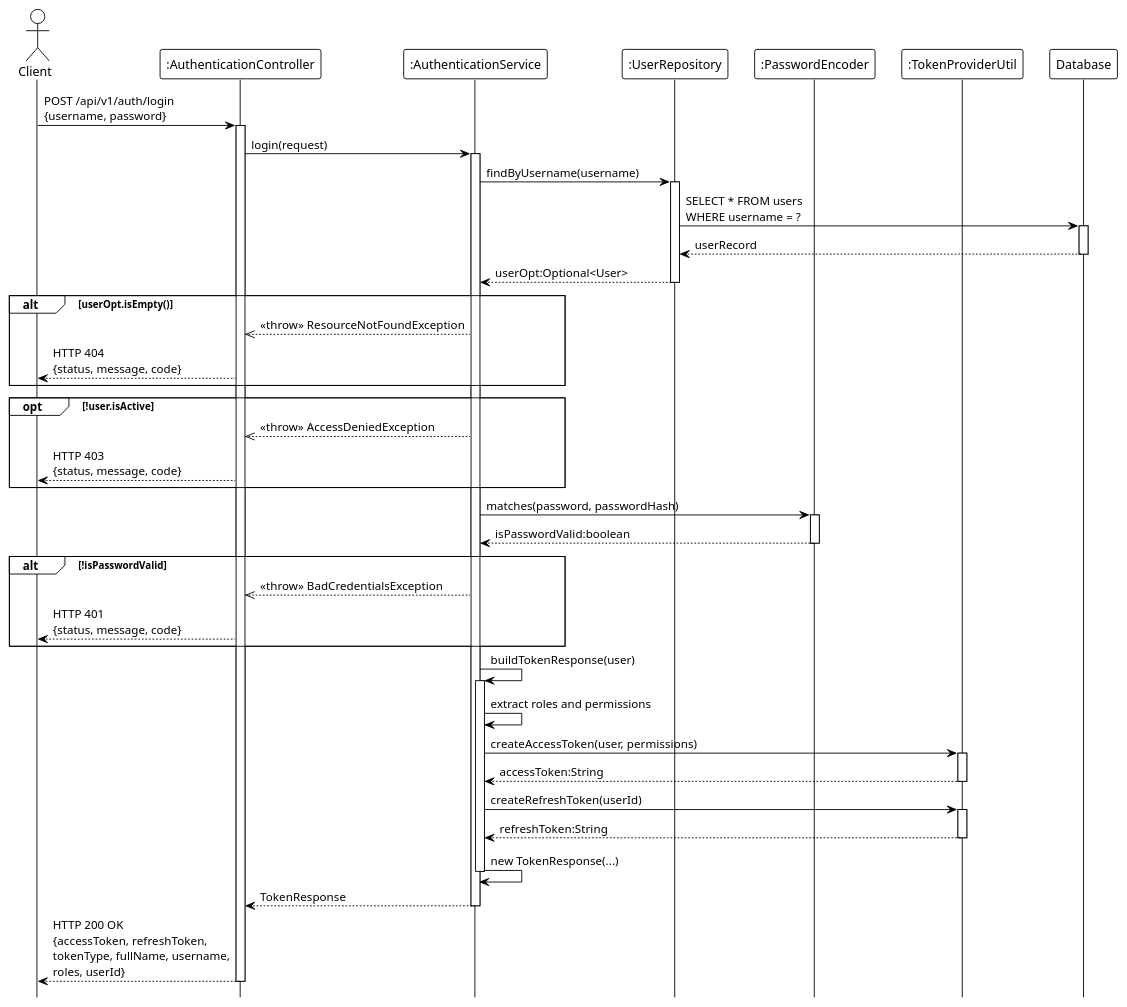
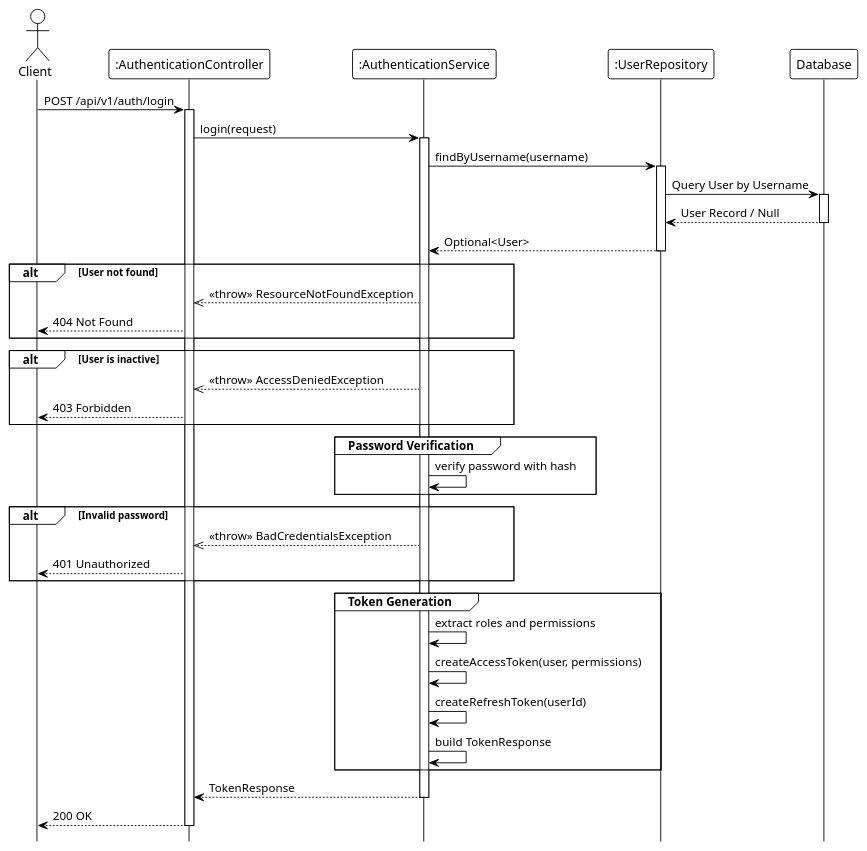
Before and after one commit to Ndh474/context: the diagram in system_detailed_design/01_sign_in_with_username_and_password/sequence_diagram_sign_in_with_username_and_password.puml, drawn with PlantUML. The commit also changed 3 other files, not shown here.

Commit message:
Refactor sequence diagram rules to align with PlantUML logical style, emphasizing design over code documentation. Streamlined guidelines, improved clarity, and added checklist for diagram quality assurance.

```diff
--- a/system_detailed_design/01_sign_in_with_username_and_password/sequence_diagram_sign_in_with_username_and_password.puml
+++ b/system_detailed_design/01_sign_in_with_username_and_password/sequence_diagram_sign_in_with_username_and_password.puml
@@ -1,74 +1,64 @@
-@startuml Sign In with Username and Password
+@startuml sign_in_with_username_and_password
 !theme plain
 hide footbox
 
 actor Client
 participant ":AuthenticationController" as Controller
 participant ":AuthenticationService" as Service
 participant ":UserRepository" as Repository
-participant ":PasswordEncoder" as Encoder
-participant ":TokenProviderUtil" as TokenProvider
 participant "Database" as DB
 
-Client -> Controller: POST /api/v1/auth/login\n{username, password}
+' --- MAIN FLOW ---
+Client -> Controller: POST /api/v1/auth/login
 activate Controller
 
 Controller -> Service: login(request)
 activate Service
 
 Service -> Repository: findByUsername(username)
 activate Repository
 
-Repository -> DB: SELECT * FROM users\nWHERE username = ?
+Repository -> DB: Query User by Username
 activate DB
-DB --> Repository: userRecord
+DB --> Repository: User Record / Null
 deactivate DB
 
-Repository --> Service: userOpt:Optional<User>
+Repository --> Service: Optional<User>
 deactivate Repository
 
-alt userOpt.isEmpty()
+' --- VALIDATION LOGIC ---
+alt User not found
     Service -->> Controller: <<throw>> ResourceNotFoundException
-    Controller --> Client: HTTP 404\n{status, message, code}
+    Controller --> Client: 404 Not Found
 end
 
-opt !user.isActive
+alt User is inactive
     Service -->> Controller: <<throw>> AccessDeniedException
-    Controller --> Client: HTTP 403\n{status, message, code}
+    Controller --> Client: 403 Forbidden
 end
 
-Service -> Encoder: matches(password, passwordHash)
-activate Encoder
-Encoder --> Service: isPasswordValid:boolean
-deactivate Encoder
-
-alt !isPasswordValid
-    Service -->> Controller: <<throw>> BadCredentialsException
-    Controller --> Client: HTTP 401\n{status, message, code}
+' --- PASSWORD VALIDATION ---
+group Password Verification
+    Service -> Service: verify password with hash
 end
 
-Service -> Service: buildTokenResponse(user)
-activate Service
+alt Invalid password
+    Service -->> Controller: <<throw>> BadCredentialsException
+    Controller --> Client: 401 Unauthorized
+end
 
-Service -> Service: extract roles and permissions
-
-Service -> TokenProvider: createAccessToken(user, permissions)
-activate TokenProvider
-TokenProvider --> Service: accessToken:String
-deactivate TokenProvider
-
-Service -> TokenProvider: createRefreshToken(userId)
-activate TokenProvider
-TokenProvider --> Service: refreshToken:String
-deactivate TokenProvider
-
-Service -> Service: new TokenResponse(...)
-deactivate Service
+' --- TOKEN GENERATION ---
+group Token Generation
+    Service -> Service: extract roles and permissions
+    Service -> Service: createAccessToken(user, permissions)
+    Service -> Service: createRefreshToken(userId)
+    Service -> Service: build TokenResponse
+end
 
 Service --> Controller: TokenResponse
 deactivate Service
 
-Controller --> Client: HTTP 200 OK\n{accessToken, refreshToken,\ntokenType, fullName, username,\nroles, userId}
+Controller --> Client: 200 OK
 deactivate Controller
 
 @enduml
```
